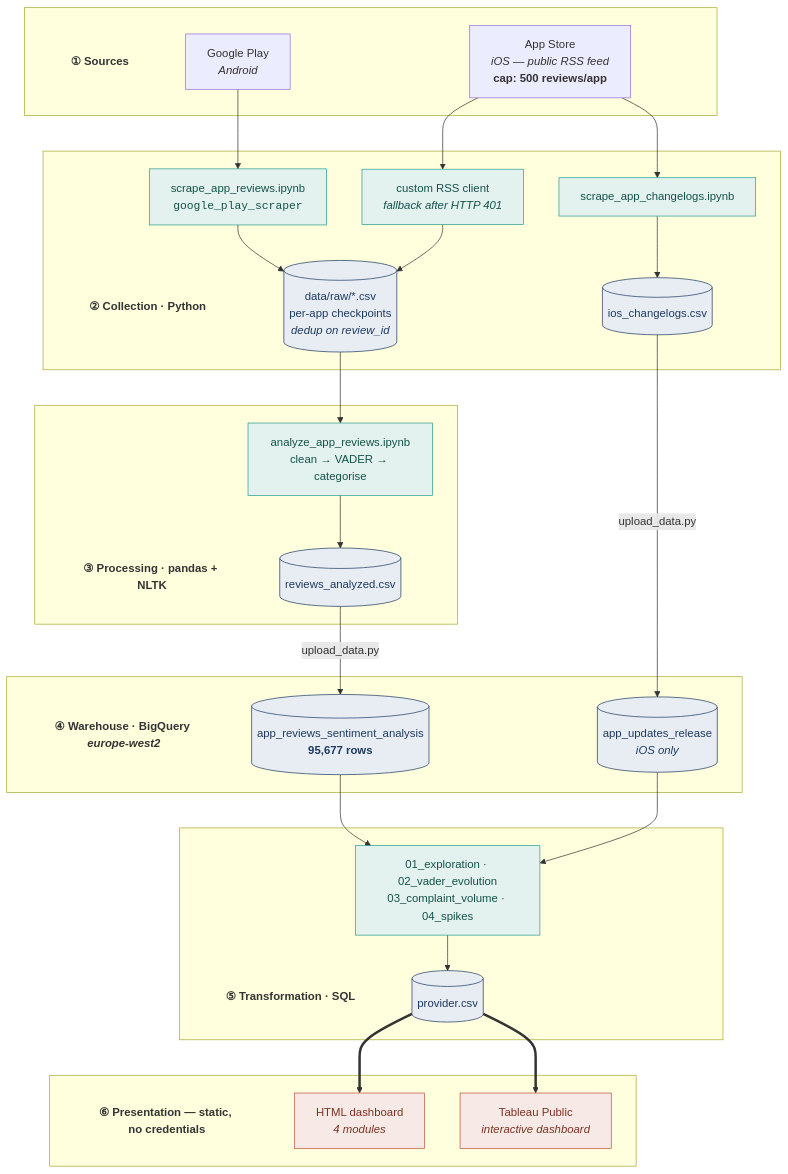
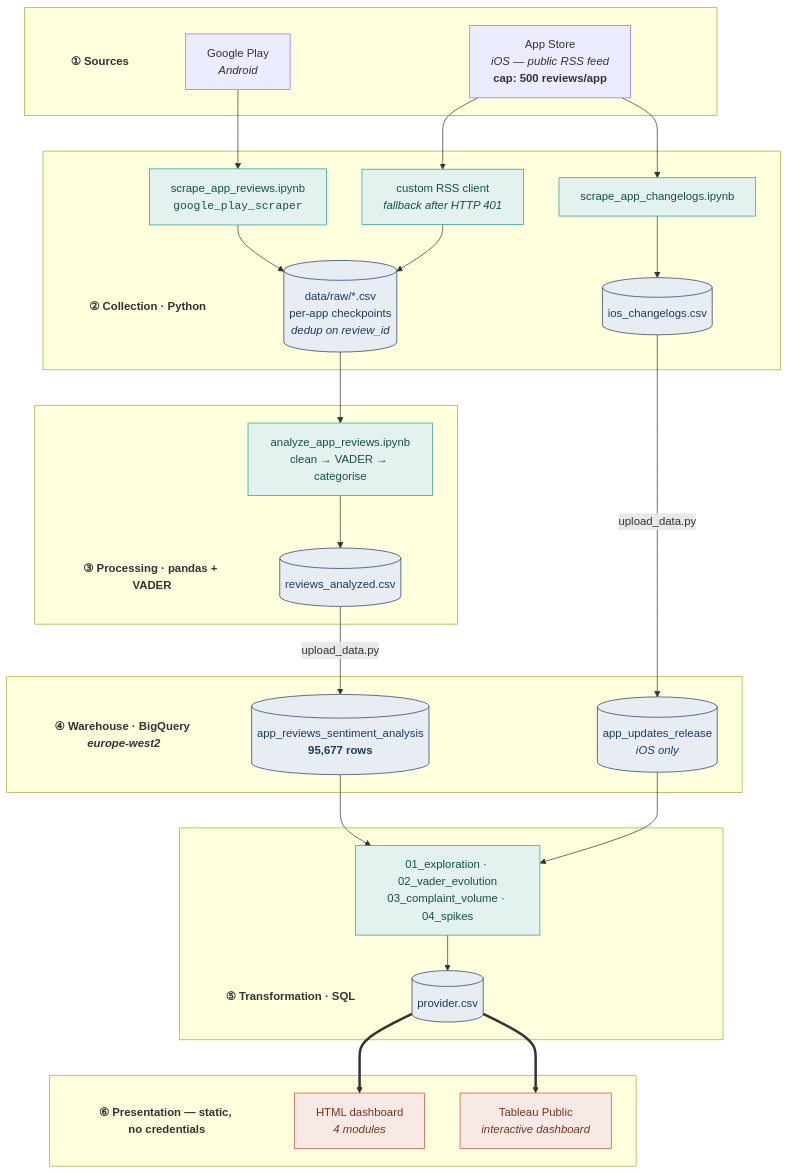
The first of 2 diagrams in README.md (tomasb1805/banking-apps-sentiment-scoring), drawn with Mermaid before and after one commit. The commit also changed other lines of this file and 2 other files, not shown here.

````diff
--- a/README.md
+++ b/README.md
@@ -104,66 +108,66 @@
 ```mermaid
 flowchart TB
     subgraph SRC[" "]
         SRCT["① Sources"]
         GP["Google Play<br/><i>Android</i>"]
         AS["App Store<br/><i>iOS — public RSS feed</i><br/><b>cap: 500 reviews/app</b>"]
     end
 
     subgraph COL[" "]
         COLT["② Collection · Python"]
         SC1["scrape_app_reviews.ipynb<br/><code>google_play_scraper</code>"]
         SC2["custom RSS client<br/><i>fallback after HTTP 401</i>"]
         SC3["scrape_app_changelogs.ipynb"]
         CKPT[("data/raw/*.csv<br/>per-app checkpoints<br/><i>dedup on review_id</i>")]
         VERS[("ios_changelogs.csv")]
     end
 
     subgraph PROC[" "]
-        PROCT["③ Processing · pandas + NLTK"]
+        PROCT["③ Processing · pandas + VADER"]
         CLEAN["analyze_app_reviews.ipynb<br/>clean → VADER → categorise"]
         OUT[("reviews_analyzed.csv")]
     end
 
     subgraph BQ[" "]
         BQT["④ Warehouse · BigQuery <i>europe-west2</i>"]
         FACT[("app_reviews_sentiment_analysis<br/><b>95,677 rows</b>")]
         REL[("app_updates_release<br/><i>iOS only</i>")]
     end
 
     subgraph SQL[" "]
         SQLT["⑤ Transformation · SQL"]
         Q["01_exploration · 02_vader_evolution<br/>03_complaint_volume · 04_spikes"]
         EXP[("provider.csv")]
     end
 
     subgraph PRES[" "]
         PREST["⑥ Presentation — static, no credentials"]
         HTML["HTML dashboard<br/><i>4 modules</i>"]
         TAB["Tableau Public<br/><i>interactive dashboard</i>"]
     end
 
     GP --> SC1 --> CKPT
     AS --> SC2 --> CKPT
     AS --> SC3 --> VERS
 
     CKPT --> CLEAN --> OUT
     OUT -->|upload_data.py| FACT
     VERS -->|upload_data.py| REL
 
     FACT --> Q
     REL --> Q
     Q --> EXP
 
     EXP ==> HTML
     EXP ==> TAB
 
     classDef hdr fill:none,stroke:none,font-weight:bold
     class SRCT,COLT,PROCT,BQT,SQLT,PREST hdr
     classDef store fill:#E8EDF4,stroke:#1F3A5F,stroke-width:1px,color:#1F3A5F
     classDef proc fill:#E4F2EF,stroke:#2A9D8F,stroke-width:1px,color:#14514A
     classDef pres fill:#F7E9E5,stroke:#C0533A,stroke-width:1px,color:#7A3324
     class CKPT,VERS,OUT,FACT,REL,EXP store
     class SC1,SC2,SC3,CLEAN,Q proc
     class HTML,TAB pres
 
 ```
````
